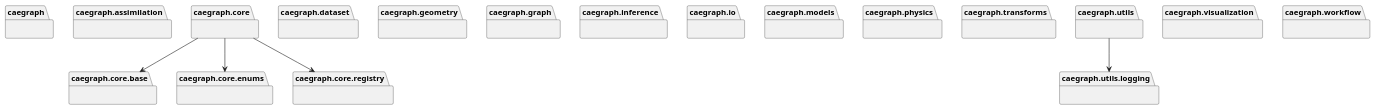
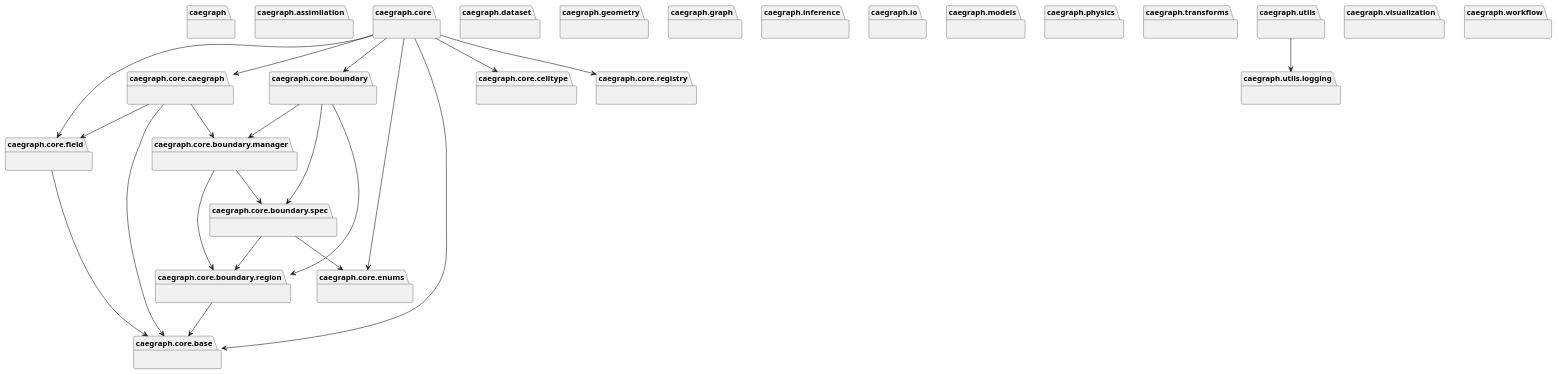
Before and after one commit to XYChouMian/caegraph: the diagram in diagrams/generated/packages_caegraph.puml, drawn with PlantUML. The commit also changed 15 other files, not shown here.

Commit message:
feat(core): add caegraph domain core and boundary vocabulary

```diff
--- a/diagrams/generated/packages_caegraph.puml
+++ b/diagrams/generated/packages_caegraph.puml
@@ -1,43 +1,73 @@
 @startuml packages_caegraph
 set namespaceSeparator none
 package "caegraph" as caegraph {
 }
 package "caegraph.assimilation" as caegraph.assimilation {
 }
 package "caegraph.core" as caegraph.core {
 }
 package "caegraph.core.base" as caegraph.core.base {
 }
+package "caegraph.core.boundary" as caegraph.core.boundary {
+}
+package "caegraph.core.boundary.manager" as caegraph.core.boundary.manager {
+}
+package "caegraph.core.boundary.region" as caegraph.core.boundary.region {
+}
+package "caegraph.core.boundary.spec" as caegraph.core.boundary.spec {
+}
+package "caegraph.core.caegraph" as caegraph.core.caegraph {
+}
+package "caegraph.core.celltype" as caegraph.core.celltype {
+}
 package "caegraph.core.enums" as caegraph.core.enums {
+}
+package "caegraph.core.field" as caegraph.core.field {
 }
 package "caegraph.core.registry" as caegraph.core.registry {
 }
 package "caegraph.dataset" as caegraph.dataset {
 }
 package "caegraph.geometry" as caegraph.geometry {
 }
 package "caegraph.graph" as caegraph.graph {
 }
 package "caegraph.inference" as caegraph.inference {
 }
 package "caegraph.io" as caegraph.io {
 }
 package "caegraph.models" as caegraph.models {
 }
 package "caegraph.physics" as caegraph.physics {
 }
 package "caegraph.transforms" as caegraph.transforms {
 }
 package "caegraph.utils" as caegraph.utils {
 }
 package "caegraph.utils.logging" as caegraph.utils.logging {
 }
 package "caegraph.visualization" as caegraph.visualization {
 }
 package "caegraph.workflow" as caegraph.workflow {
 }
 caegraph.core --> caegraph.core.base
+caegraph.core --> caegraph.core.boundary
+caegraph.core --> caegraph.core.caegraph
+caegraph.core --> caegraph.core.celltype
 caegraph.core --> caegraph.core.enums
+caegraph.core --> caegraph.core.field
 caegraph.core --> caegraph.core.registry
+caegraph.core.boundary --> caegraph.core.boundary.manager
+caegraph.core.boundary --> caegraph.core.boundary.region
+caegraph.core.boundary --> caegraph.core.boundary.spec
+caegraph.core.boundary.manager --> caegraph.core.boundary.region
+caegraph.core.boundary.manager --> caegraph.core.boundary.spec
+caegraph.core.boundary.region --> caegraph.core.base
+caegraph.core.boundary.spec --> caegraph.core.boundary.region
+caegraph.core.boundary.spec --> caegraph.core.enums
+caegraph.core.caegraph --> caegraph.core.base
+caegraph.core.caegraph --> caegraph.core.boundary.manager
+caegraph.core.caegraph --> caegraph.core.field
+caegraph.core.field --> caegraph.core.base
 caegraph.utils --> caegraph.utils.logging
 @enduml
```
